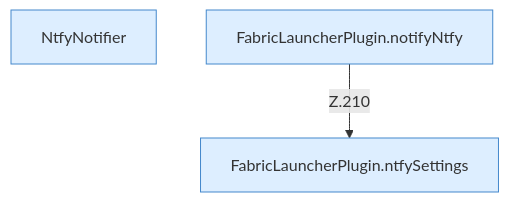
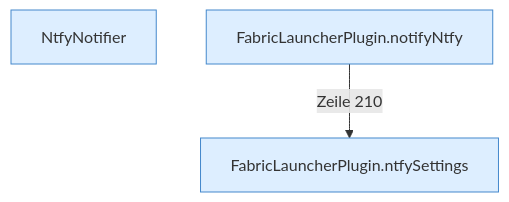
One commit to PrinceDiamant/minecraft-serverhoster-plugin changed the diagram in Benachrichtigung.md. Above: the diagram before and after it, drawn with Mermaid. The commit also changed other lines of this file and 2005 other files, not shown here.

````diff
--- a/Benachrichtigung.md
+++ b/Benachrichtigung.md
@@ -5,9 +5,9 @@
 ```mermaid
 flowchart TD
   n1["NtfyNotifier"]:::internal-link
   n2["FabricLauncherPlugin.ntfySettings"]:::internal-link
   n3["FabricLauncherPlugin.notifyNtfy"]:::internal-link
-  n3 -->|"Z.210"| n2
+  n3 -->|"Zeile 210"| n2
   classDef internal-link fill:#ddeeff,stroke:#4488cc
   classDef befund fill:#f88
 ```
````
